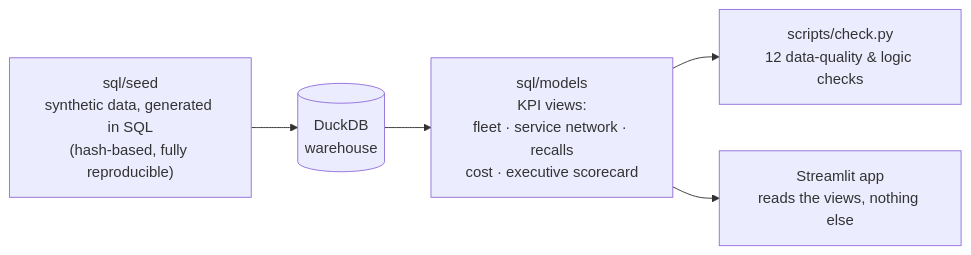
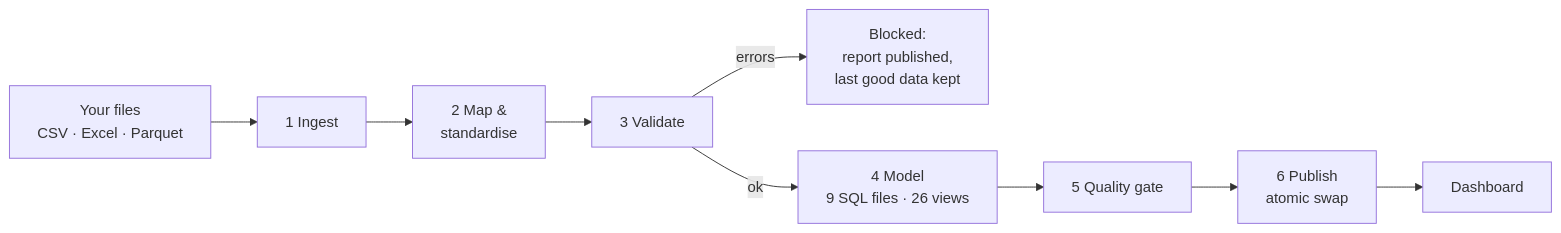
Before and after one commit to Pemalahmad/FleetOps-KPI-Dashboard: the diagram in README.md, drawn with Mermaid. The commit also changed other lines of this file and 56 other files, not shown here.

````diff
--- a/README.md
+++ b/README.md
@@ -39,7 +69,6 @@
 ```mermaid
 flowchart LR
-    S["sql/seed<br/>synthetic data, generated in SQL<br/>(hash-based, fully reproducible)"] --> W[("DuckDB<br/>warehouse")]
-    W --> M["sql/models<br/>KPI views:<br/>fleet · service network · recalls<br/>cost · executive scorecard"]
-    M --> C["scripts/check.py<br/>12 data-quality & logic checks"]
-    M --> A["Streamlit app<br/>reads the views, nothing else"]
+    F["Your files<br/>CSV · Excel · Parquet"] --> I["1 Ingest"] --> M["2 Map &<br/>standardise"] --> V["3 Validate"]
+    V -- errors --> X["Blocked:<br/>report published,<br/>last good data kept"]
+    V -- ok --> MO["4 Model<br/>9 SQL files · 26 views"] --> Q["5 Quality gate"] --> P["6 Publish<br/>atomic swap"] --> D["Dashboard"]
 ```
````
